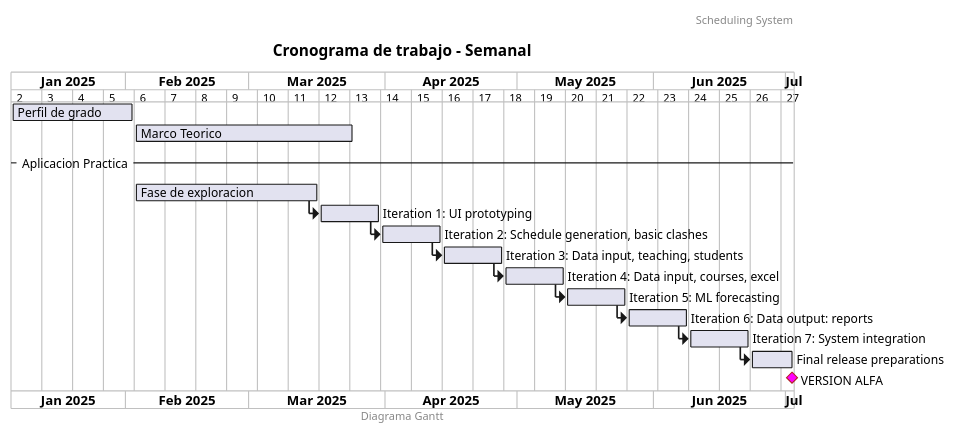
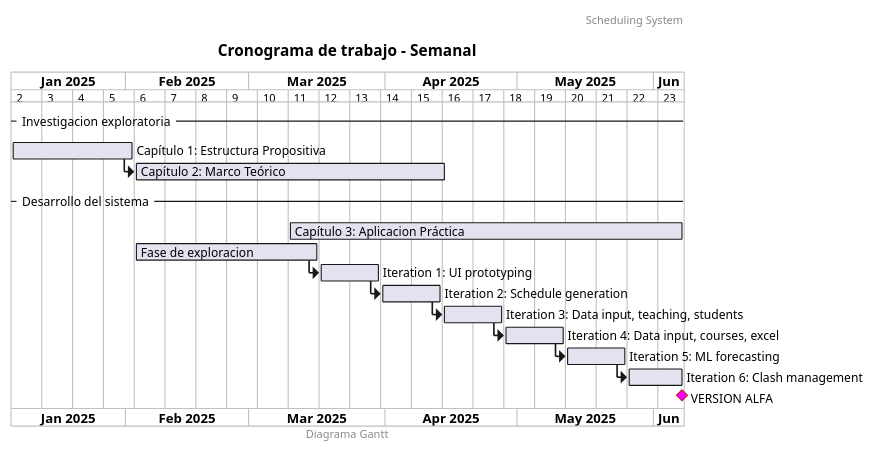
One commit to zrock-dev-backup/kawsay changed the diagram in resources/chronogram/chronogram.puml. Above: the diagram before and after it, drawn with PlantUML.

Commit message:
refactor(gantt-chronogram): set final deadline to 7jun

```diff
--- a/resources/chronogram/chronogram.puml
+++ b/resources/chronogram/chronogram.puml
@@ -1,29 +1,31 @@
 @startgantt
 language spa
 header Scheduling System
 title Cronograma de trabajo - Semanal
 footer Diagrama Gantt
 ganttscale weekly
 
 Project starts 2025-01-06
 
-[Perfil de grado] AS [A1] STARTS 2025-01-06
+-- Investigacion exploratoria --
+[Capítulo 1: Estructura Propositiva] AS [A1] STARTS 2025-01-06
 [A1] ENDS 2025-02-02
 
-[Marco Teorico] AS [A2] STARTS 2025-02-03
-[A2] ENDS 2025-03-24
+[Capítulo 2: Marco Teórico] AS [A2] STARTS AT [A1]'S END
+[A2] ENDS 2025-04-14
 
--- Aplicacion Practica --
-[Fase de exploracion] AS [S-1] STARTS 2025-02-03
-[S-1] ENDS 2025-03-16
-then [Iteration 1: UI prototyping] AS [S-2] LASTS 14 DAYS
-then [Iteration 2: Schedule generation, basic clashes] AS [S-3] LASTS 14 DAYS
-then [Iteration 3: Data input, teaching, students] AS [S-4] LASTS 14 DAYS
-then [Iteration 4: Data input, courses, excel] AS [S-5] LASTS 14 DAYS
-then [Iteration 5: ML forecasting] AS [S-6] LASTS 14 DAYS
-then [Iteration 6: Data output: reports] AS [S-7] LASTS 14 DAYS
-then [Iteration 7: System integration] AS [S-8] LASTS 14 DAYS
-then [Final release preparations] AS [S-9] ENDS 2025-07-02
-[VERSION ALFA] AS [M-4] HAPPENS AT [S-9]'S END
-[M-4] IS COLORED IN Fuchsia/FireBrick
+-- Desarrollo del sistema --
+[Capítulo 3: Aplicacion Práctica] AS [A3] STARTS 2025-03-10
+[A3] ENDS 2025-06-07
+
+[Fase de exploracion] AS [S-0] STARTS 2025-02-03
+[S-0] ENDS 2025-03-16
+then [Iteration 1: UI prototyping] AS [S-1] LASTS 14 DAYS
+then [Iteration 2: Schedule generation] AS [S-2] LASTS 14 DAYS
+then [Iteration 3: Data input, teaching, students] AS [S-3] LASTS 14 DAYS
+then [Iteration 4: Data input, courses, excel] AS [S-4] LASTS 14 DAYS
+then [Iteration 5: ML forecasting] AS [S-5] LASTS 14 DAYS
+then [Iteration 6: Clash management] AS [S-6] ENDS 2025-06-07
+[VERSION ALFA] AS [M-1] HAPPENS AT [S-6]'S END
+[M-1] IS COLORED IN Fuchsia/FireBrick
 @endgantt
```
